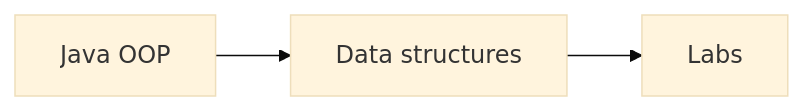
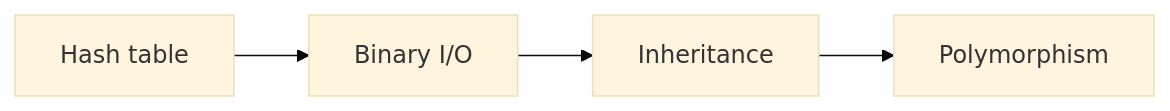
Before and after one commit to Jkbarros/programming-data-structures-cosc111: the diagram in README.md, drawn with Mermaid (base theme). The commit also changed other lines of this file and 10 other files, not shown here.

````diff
--- a/README.md
+++ b/README.md
@@ -27,7 +31,8 @@
 ```mermaid
 flowchart LR
-  J[Java OOP]
-  S[Data structures]
-  L[Labs]
-  J --> S --> L
+  H[Hash table]
+  B[Binary I/O]
+  I[Inheritance]
+  P[Polymorphism]
+  H --> B --> I --> P
 ```
````
